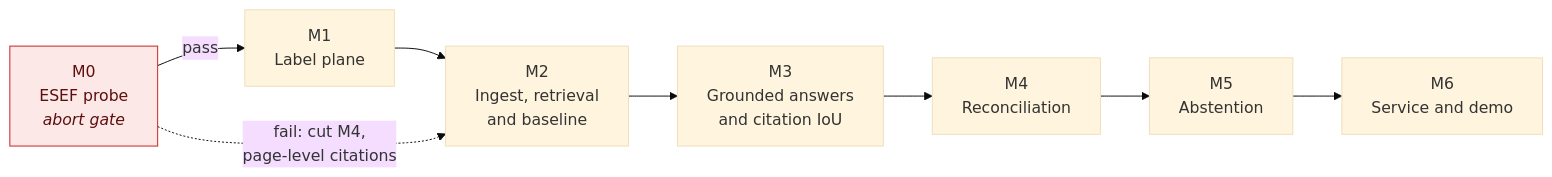
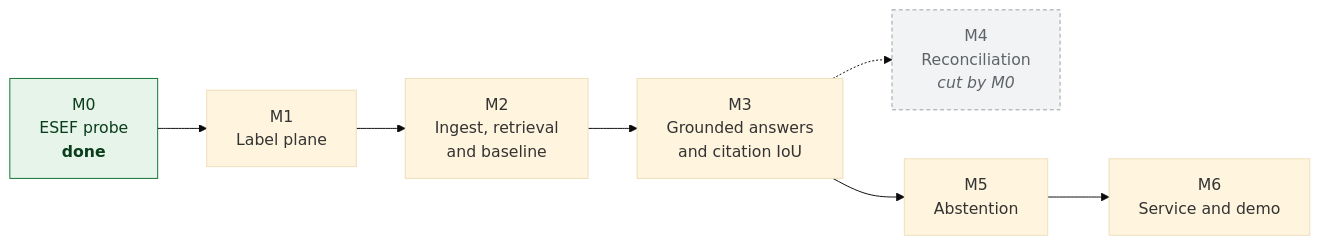
The diagram in docs/ROADMAP.md (Vijay190899/disclosure-rag), drawn with Mermaid (base theme) before and after one commit. The commit also changed other lines of this file and 6 other files, not shown here.

````diff
--- a/docs/ROADMAP.md
+++ b/docs/ROADMAP.md
@@ -11,16 +11,18 @@
 ```mermaid
 flowchart LR
-    M0["M0<br/>ESEF probe<br/><i>abort gate</i>"]
+    M0["M0<br/>ESEF probe<br/><b>done</b>"]
     M1["M1<br/>Label plane"]
     M2["M2<br/>Ingest, retrieval<br/>and baseline"]
     M3["M3<br/>Grounded answers<br/>and citation IoU"]
-    M4["M4<br/>Reconciliation"]
+    M4["M4<br/>Reconciliation<br/><i>cut by M0</i>"]
     M5["M5<br/>Abstention"]
     M6["M6<br/>Service and demo"]
 
-    M0 -->|"pass"| M1 --> M2 --> M3 --> M4 --> M5 --> M6
-    M0 -.->|"fail: cut M4,<br/>page-level citations"| M2
+    M0 --> M1 --> M2 --> M3 --> M5 --> M6
+    M3 -.-> M4
 
-    classDef gate fill:#fde8e8,stroke:#c5221f,color:#5c0f0d
-    class M0 gate
+    classDef done fill:#e6f4ea,stroke:#137333,color:#0b3d1c
+    classDef cut fill:#f1f3f4,stroke:#9aa0a6,color:#5f6368,stroke-dasharray:4 3
+    class M0 done
+    class M4 cut
 ```
````
